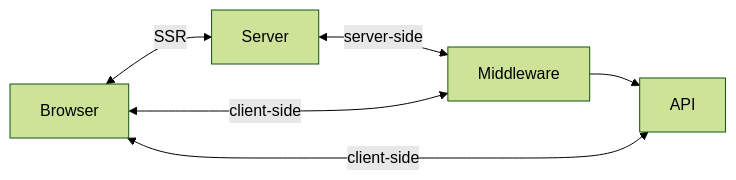
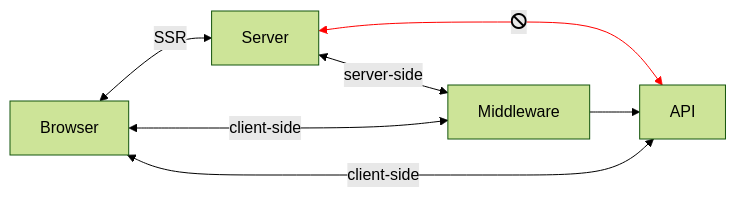
The diagram in charts/strategies-alokai.mmd (mateuszo/mermaid-viewer), drawn with Mermaid (forest theme) before and after one commit. The commit also changed 1 other file, not shown here.

```diff
--- a/charts/strategies-alokai.mmd
+++ b/charts/strategies-alokai.mmd
@@ -1,6 +1,9 @@
 flowchart LR
     Browser["Browser"] <-- SSR --> Server["Server"]
     Server <-- "server-side" --> Middleware["Middleware"]
+    Server <-- "fa:fa-ban" --> API
     Browser <-- "client-side" --> Middleware
     Middleware --> API["API"]
     Browser <-- "client-side" --> API
+
+linkStyle 2 stroke:red
```
